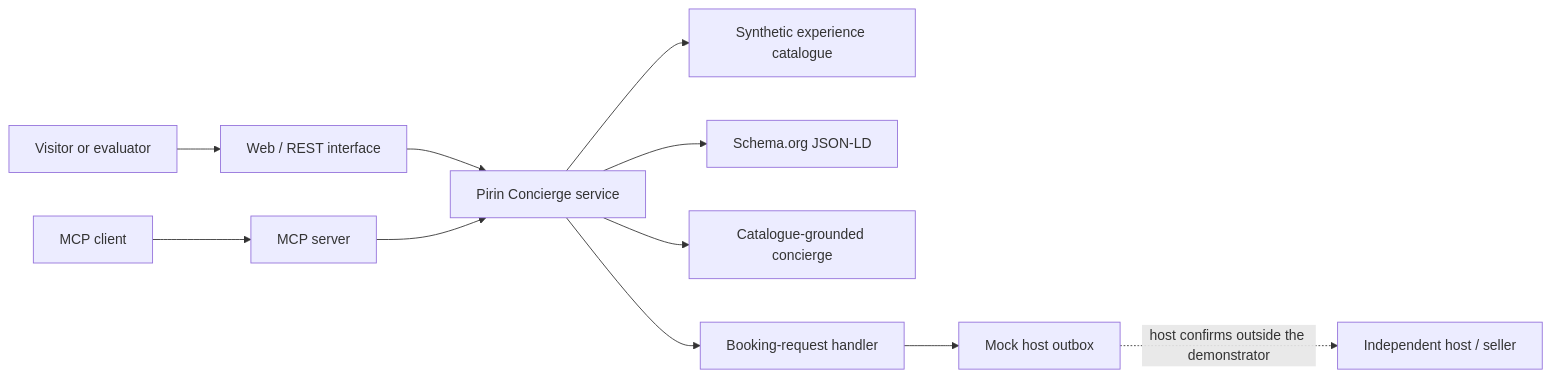
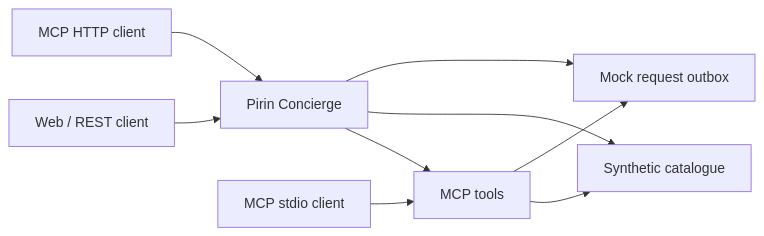
Before and after one commit to maxqmaxx/pirin-concierge: the diagram in README.md, drawn with Mermaid. The commit also changed other lines of this file and 17 other files, not shown here.

Commit message:
Add reproducible HTTP and stdio laboratory evidence

````diff
--- a/README.md
+++ b/README.md
@@ -58,13 +76,11 @@
 ```mermaid
 flowchart LR
-  Visitor[Visitor or evaluator] --> Web[Web / REST interface]
-  Agent[MCP client] --> MCP[MCP server]
-  Web --> App[Pirin Concierge service]
-  MCP --> App
-  App --> Catalogue[Synthetic experience catalogue]
-  App --> JSONLD[Schema.org JSON-LD]
-  App --> Concierge[Catalogue-grounded concierge]
-  App --> Request[Booking-request handler]
-  Request --> Outbox[Mock host outbox]
-  Outbox -. host confirms outside the demonstrator .-> Host[Independent host / seller]
+  Web[Web / REST client] --> App[Pirin Concierge]
+  HTTP[MCP HTTP client] --> App
+  Stdio[MCP stdio client] --> Tools[MCP tools]
+  App --> Tools
+  App --> Catalogue[Synthetic catalogue]
+  Tools --> Catalogue
+  App --> Outbox[Mock request outbox]
+  Tools --> Outbox
 ```
````
